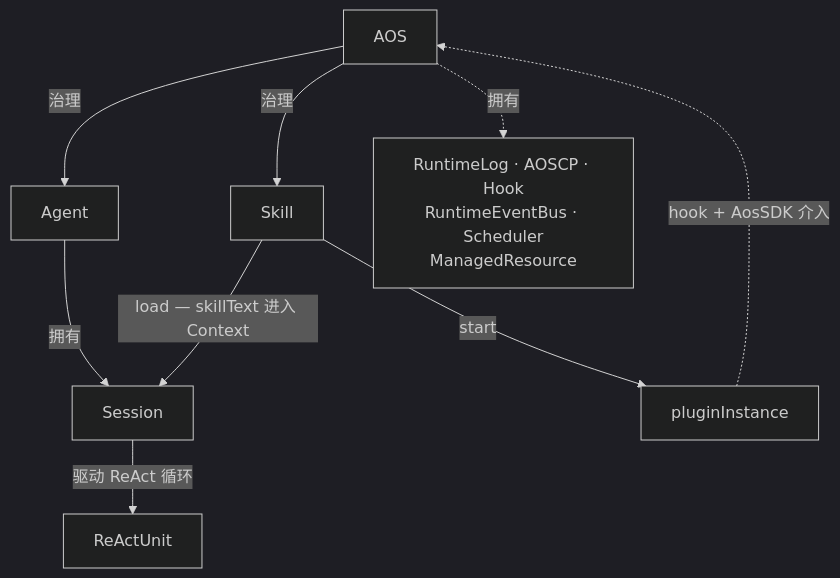
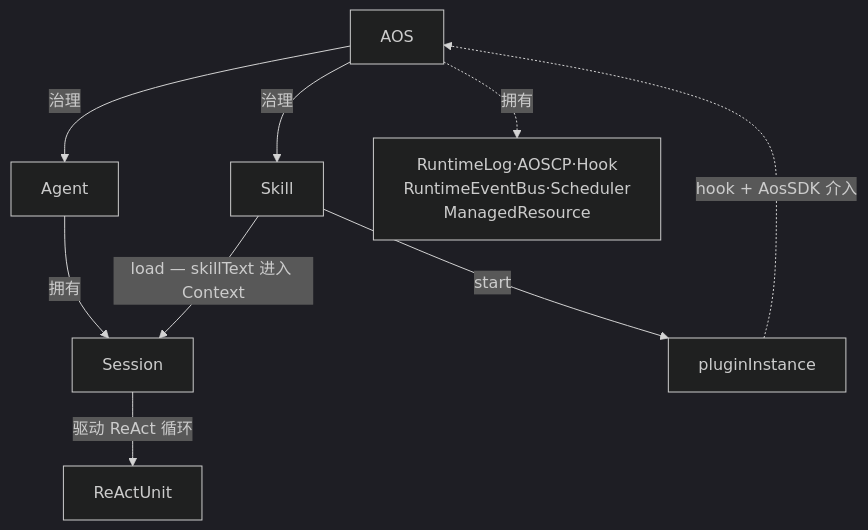
The first of 5 diagrams in AgentOS/docs/charter.md (Huafucius/EvoPalantir), drawn with Mermaid (dark theme) before and after one commit.

Commit message:
docs(agentos): fix Mermaid newline syntax in charter
Replace backslash-n with <br> in flowchart node labels so Mermaid
renderers handle multi-line text correctly across clients.

````diff
--- a/AgentOS/docs/charter.md
+++ b/AgentOS/docs/charter.md
@@ -83,21 +83,21 @@
 ```mermaid
 flowchart TD
     AOS["AOS"]
     Agent["Agent"]
     Session["Session"]
     RU["ReActUnit"]
     Skill["Skill"]
     PI["pluginInstance"]
-    Infra["RuntimeLog · AOSCP · Hook\nRuntimeEventBus · Scheduler\nManagedResource"]
+    Infra["RuntimeLog·AOSCP·Hook<br>RuntimeEventBus·Scheduler<br>ManagedResource"]
 
     AOS -->|治理| Agent
     AOS -->|治理| Skill
     AOS -.->|拥有| Infra
 
     Agent -->|拥有| Session
     Session -->|"驱动 ReAct 循环"| RU
 
     Skill -->|"load — skillText 进入 Context"| Session
     Skill -->|start| PI
     PI -.->|"hook + AosSDK 介入"| AOS
 ```
````
